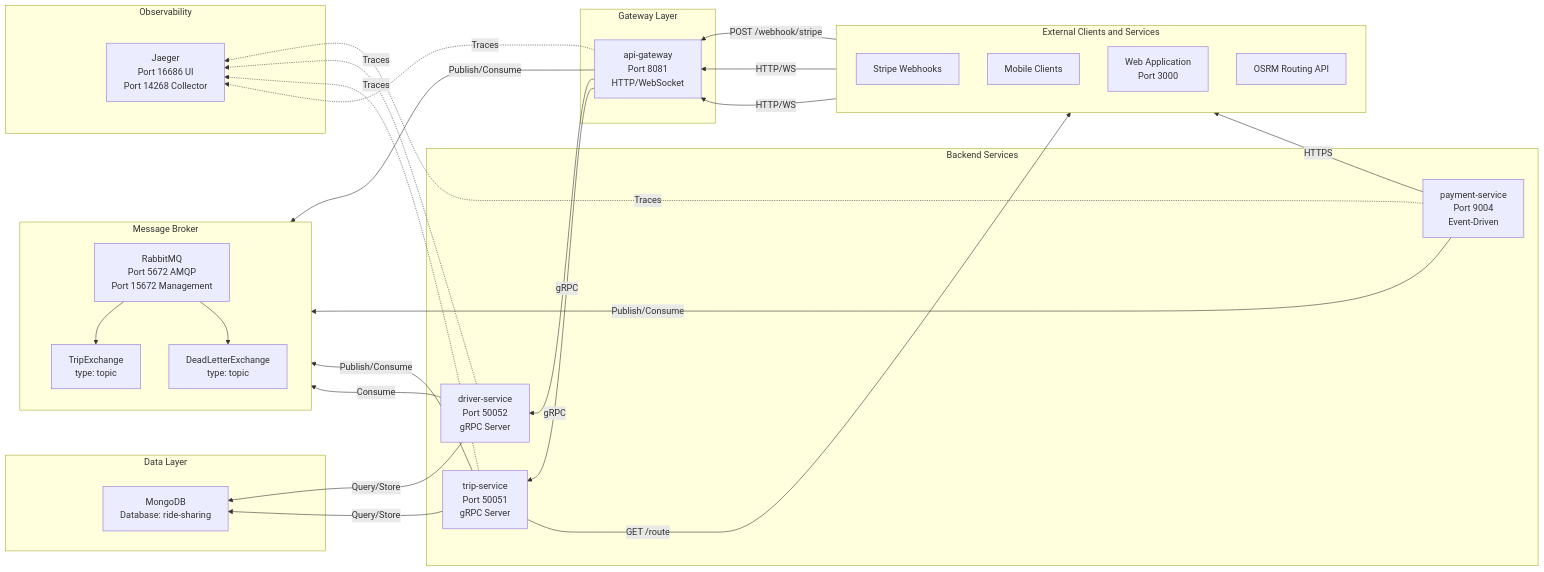
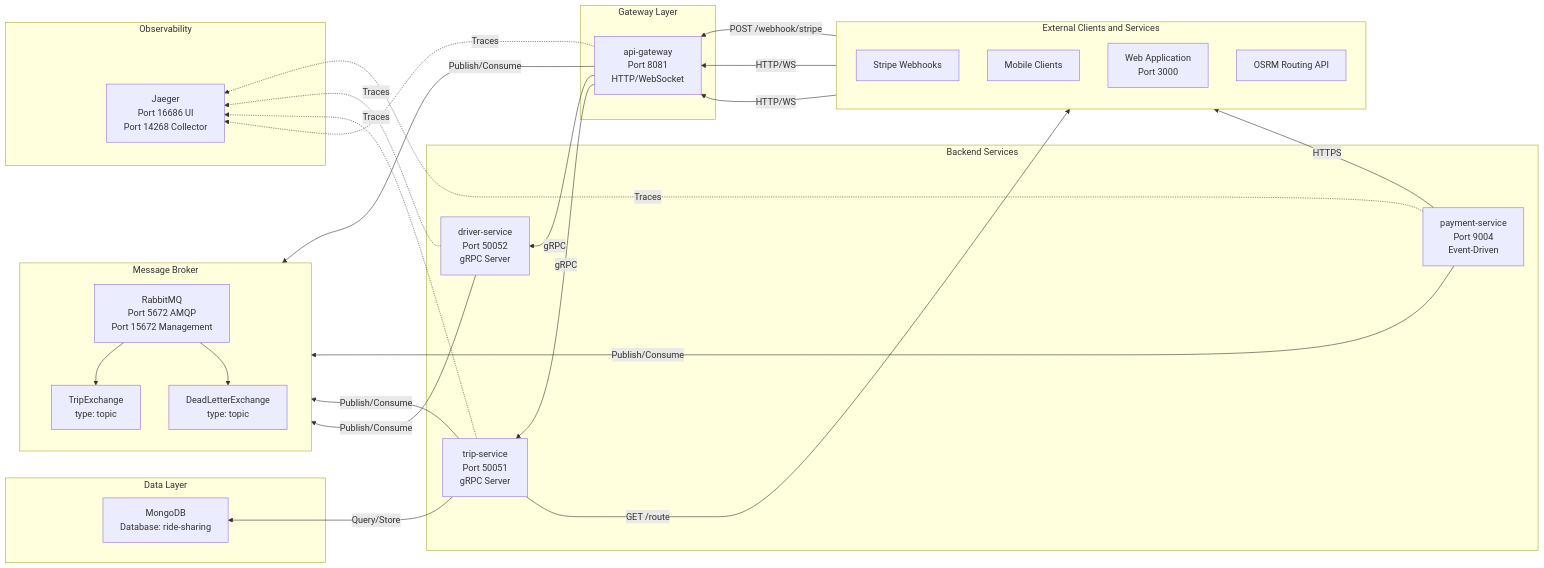
The first of 2 diagrams in README.md (RushikeshBhavsar3605/RideSync), drawn with Mermaid before and after one commit. The commit also changed other lines of this file, not shown here.

````diff
--- a/README.md
+++ b/README.md
@@ -67,72 +67,71 @@
 ```mermaid
 flowchart RL
     %% Subgraph Definitions
     subgraph External [External Clients and Services]
         direction TB
         Stripe[Stripe Webhooks]
         Mobile[Mobile Clients]
         Web[Web Application<br/>Port 3000]
         OSRM[OSRM Routing API]
     end
 
     subgraph Gateway [Gateway Layer]
         APIGW[api-gateway<br/>Port 8081<br/>HTTP/WebSocket]
     end
 
     subgraph Backend [Backend Services]
         Payment[payment-service<br/>Port 9004<br/>Event-Driven]
         Driver[driver-service<br/>Port 50052<br/>gRPC Server]
         Trip[trip-service<br/>Port 50051<br/>gRPC Server]
     end
 
     subgraph Broker [Message Broker]
         direction TB
         Rabbit[RabbitMQ<br/>Port 5672 AMQP<br/>Port 15672 Management]
         TripEx[TripExchange<br/>type: topic]
         DLX[DeadLetterExchange<br/>type: topic]
     end
 
     subgraph Data [Data Layer]
         Mongo[MongoDB<br/>Database: ride-sharing]
     end
 
     subgraph Obs [Observability]
         Jaeger[Jaeger<br/>Port 16686 UI<br/>Port 14268 Collector]
     end
 
     %% --- Relationships ---
 
     %% External to Gateway
     Stripe -->|POST /webhook/stripe| APIGW
     Mobile -->|HTTP/WS| APIGW
     Web -->|HTTP/WS| APIGW
 
     %% Gateway to Backend
     APIGW -->|gRPC| Driver
     APIGW -->|gRPC| Trip
 
     %% Backend Service Inter-connections & Outbound
     Payment -->|HTTPS| Stripe
     Trip -->|GET /route| OSRM
 
     %% Database Connections
-    Driver -->|Query/Store| Mongo
     Trip -->|Query/Store| Mongo
 
     %% Message Broker Connections
     APIGW -->|Publish/Consume| Rabbit
     Payment -->|Publish/Consume| Rabbit
     Trip -->|Publish/Consume| Rabbit
-    Driver -->|Consume| Rabbit
+    Driver -->|Publish/Consume| Rabbit
 
     %% Broker Internal Exchanges
     Rabbit --> TripEx
     Rabbit --> DLX
 
     %% Observability (Traces)
     %% Using dotted lines
     Payment -.->|Traces| Jaeger
     Driver -.->|Traces| Jaeger
     Trip -.->|Traces| Jaeger
     APIGW -.->|Traces| Jaeger
 ```
````
